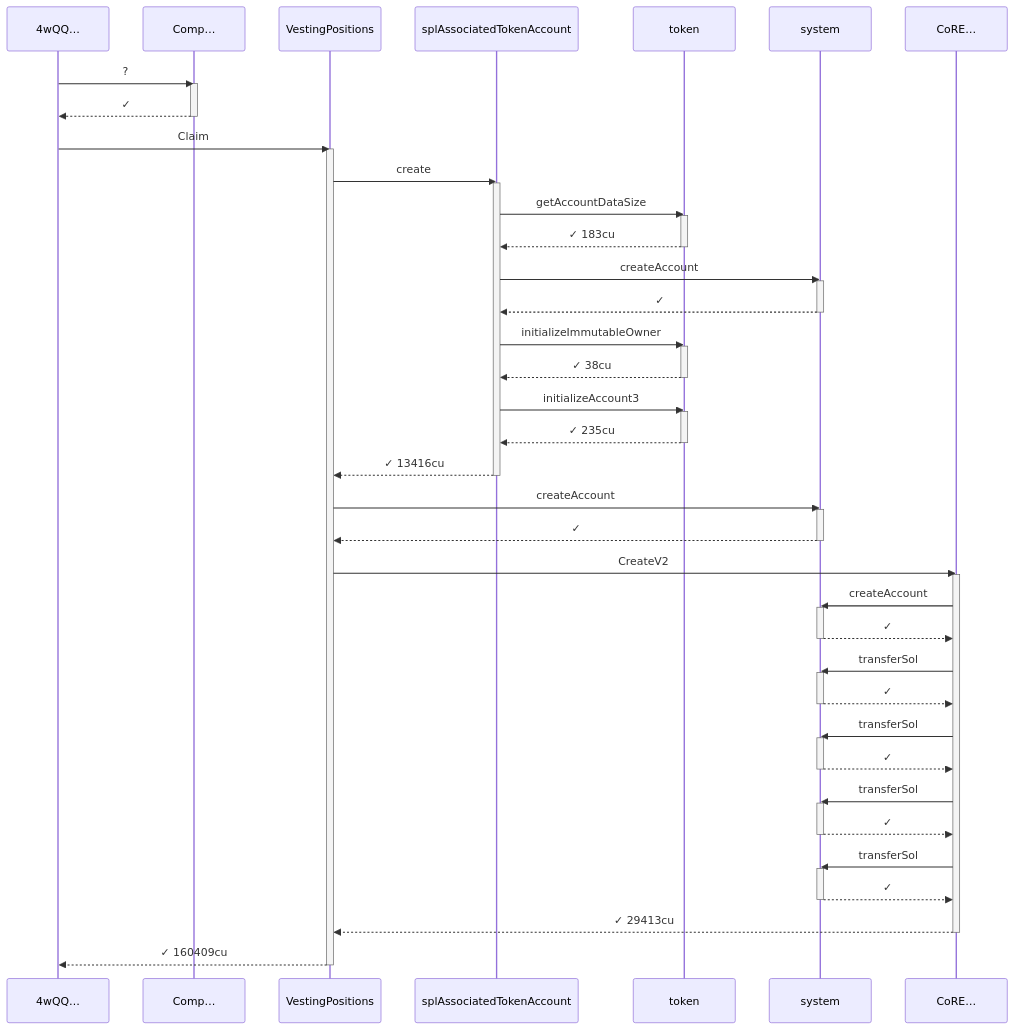
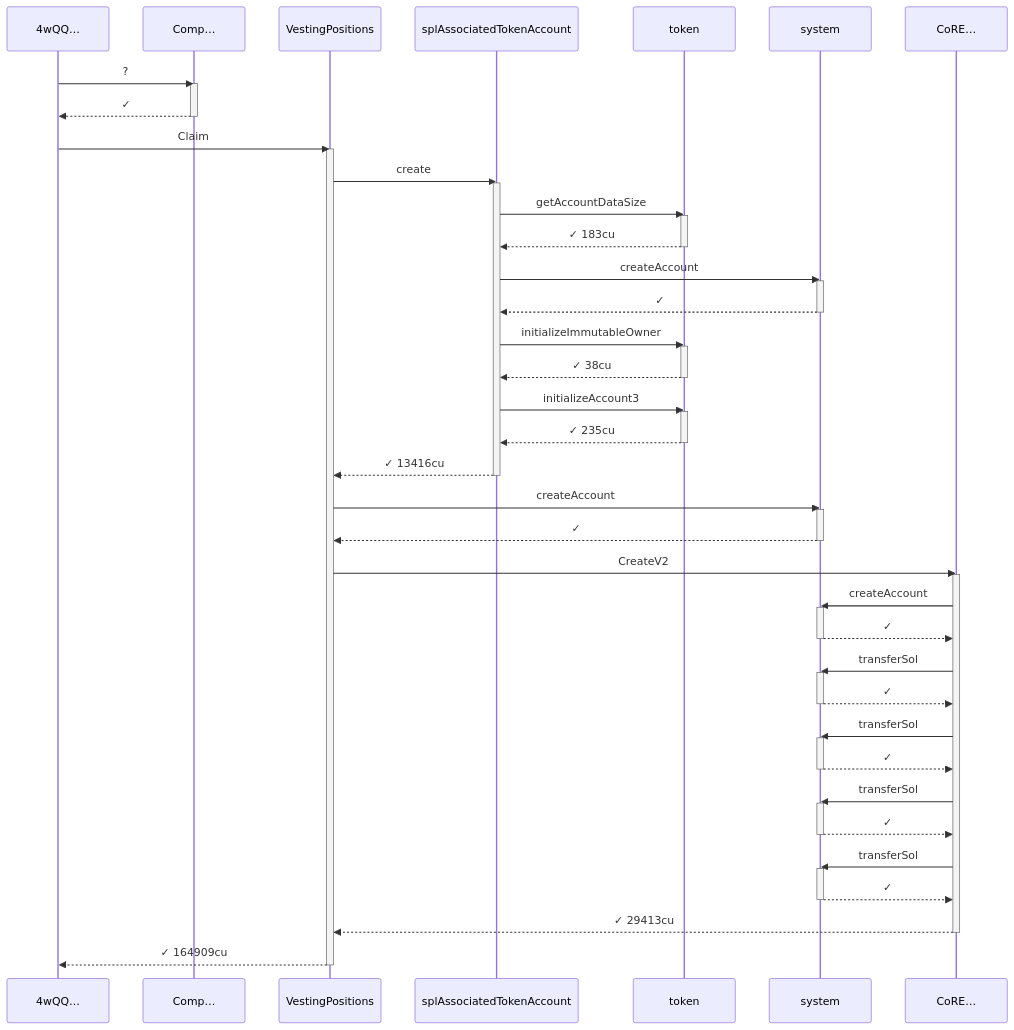
One commit to cds-turbin3/vesting-position changed the fourth of 6 diagrams in babelfish-tests/test-report/before_cliff_transfers_zero.md. Above: the diagram before and after it, drawn with Mermaid. The commit also changed other lines of this file and 106 other files, not shown here.

````diff
--- a/babelfish-tests/test-report/before_cliff_transfers_zero.md
+++ b/babelfish-tests/test-report/before_cliff_transfers_zero.md
@@ -198,66 +207,66 @@
 ```mermaid
 sequenceDiagram
     participant p0 as 4wQQ…
     participant p1 as Comp…
     participant p2 as VestingPositions
     participant p3 as splAssociatedTokenAccount
     participant p4 as token
     participant p5 as system
     participant p6 as CoRE…
     p0->>p1: ?
     activate p1
     p1-->>p0: ✓
     deactivate p1
     p0->>p2: Claim
     activate p2
     p2->>p3: create
     activate p3
     p3->>p4: getAccountDataSize
     activate p4
     p4-->>p3: ✓ 183cu
     deactivate p4
     p3->>p5: createAccount
     activate p5
     p5-->>p3: ✓
     deactivate p5
     p3->>p4: initializeImmutableOwner
     activate p4
     p4-->>p3: ✓ 38cu
     deactivate p4
     p3->>p4: initializeAccount3
     activate p4
     p4-->>p3: ✓ 235cu
     deactivate p4
     p3-->>p2: ✓ 13416cu
     deactivate p3
     p2->>p5: createAccount
     activate p5
     p5-->>p2: ✓
     deactivate p5
     p2->>p6: CreateV2
     activate p6
     p6->>p5: createAccount
     activate p5
     p5-->>p6: ✓
     deactivate p5
     p6->>p5: transferSol
     activate p5
     p5-->>p6: ✓
     deactivate p5
     p6->>p5: transferSol
     activate p5
     p5-->>p6: ✓
     deactivate p5
     p6->>p5: transferSol
     activate p5
     p5-->>p6: ✓
     deactivate p5
     p6->>p5: transferSol
     activate p5
     p5-->>p6: ✓
     deactivate p5
     p6-->>p2: ✓ 29413cu
     deactivate p6
-    p2-->>p0: ✓ 160409cu
+    p2-->>p0: ✓ 164909cu
     deactivate p2
 ```
````
